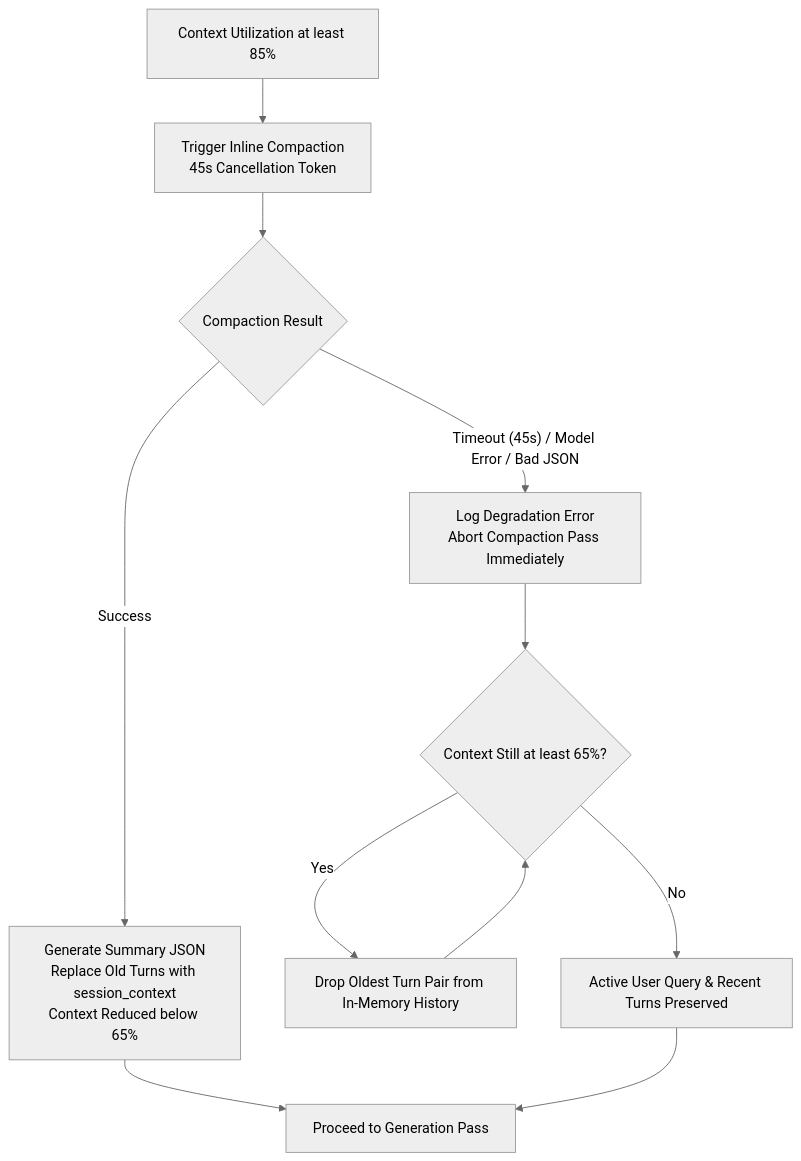
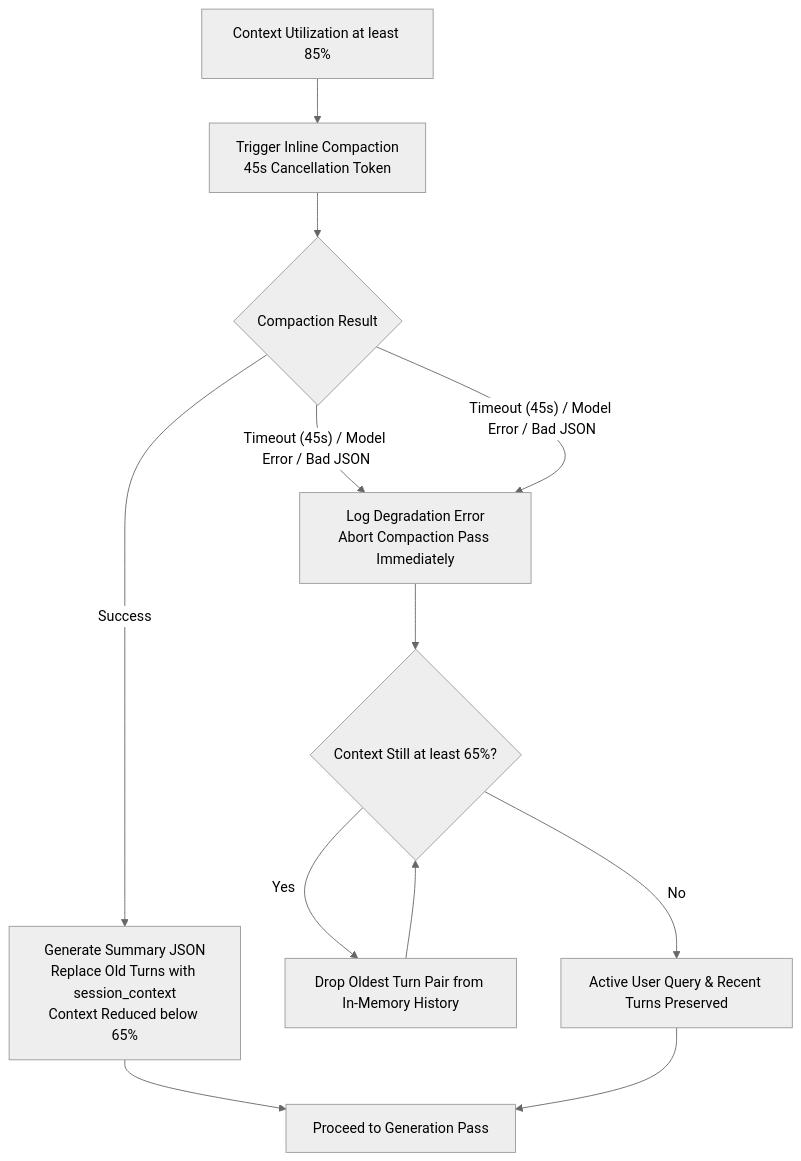
The second of 2 diagrams in docs/specs/harness-spec.md (addy-47/vox), drawn with Mermaid (neutral theme) before and after one commit. The commit also changed other lines of this file and 10 other files, not shown here.

````diff
--- a/docs/specs/harness-spec.md
+++ b/docs/specs/harness-spec.md
@@ -92,16 +107,17 @@
 ```mermaid
 flowchart TD
     Crit["Context Utilization at least 85%"] --> StartCompact["Trigger Inline Compaction<br/>45s Cancellation Token"]
     StartCompact --> Outcome{"Compaction Result"}
     
     Outcome -- Success --> Summary["Generate Summary JSON<br/>Replace Old Turns with session_context<br/>Context Reduced below 65%"]
     Outcome -- "Timeout (45s) / Model Error / Bad JSON" --> FailFast["Log Degradation Error<br/>Abort Compaction Pass Immediately"]
     
+    Outcome -- "Timeout (45s) / Model Error / Bad JSON" --> FailFast["Log Degradation Error<br/>Abort Compaction Pass Immediately"]
     FailFast --> FIFOLoop{"Context Still at least 65%?"}
     FIFOLoop -- Yes --> DropTurn[Drop Oldest Turn Pair from In-Memory History]
     DropTurn --> FIFOLoop
     FIFOLoop -- No --> Preserved[Active User Query & Recent Turns Preserved]
     
     Summary --> Proceed[Proceed to Generation Pass]
     Preserved --> Proceed
 ```
````
